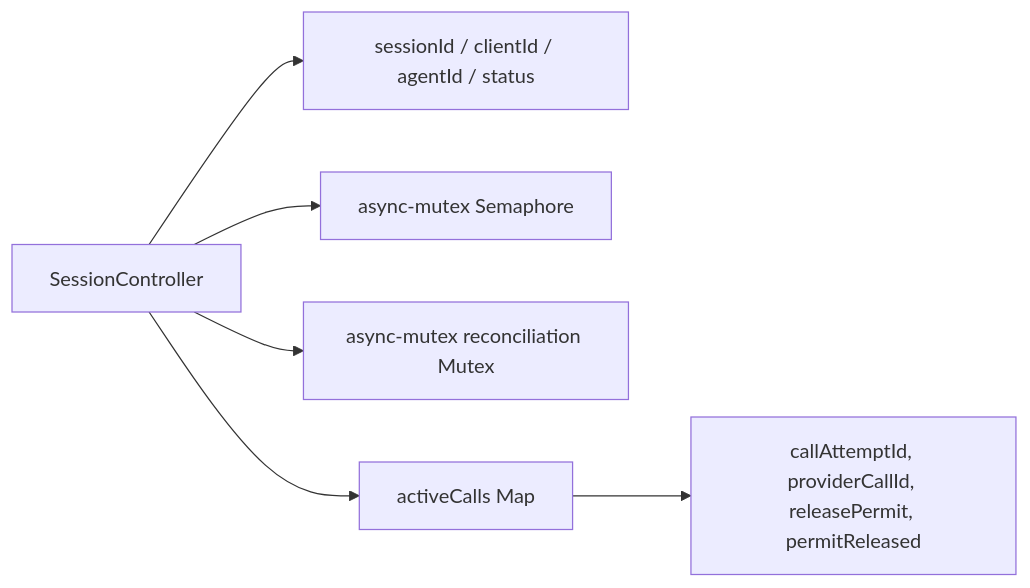
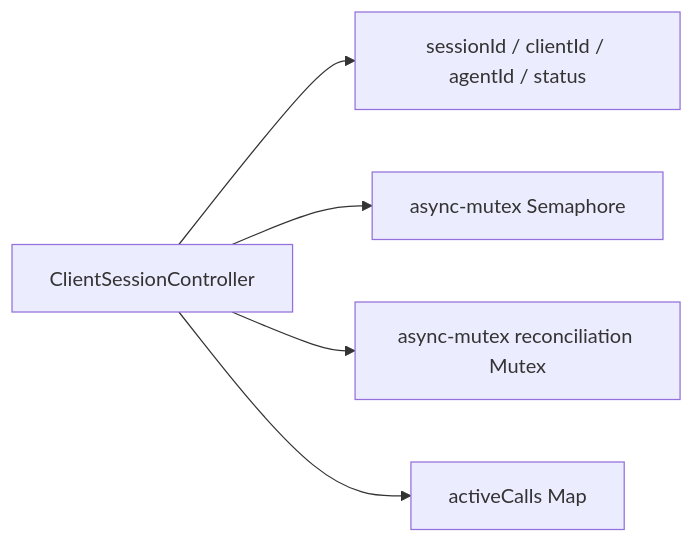
The second of 9 diagrams in docs/ARCHITECTURE.md (daniel-citrus/concurrent-outbound-dialer), drawn with Mermaid before and after one commit. The commit also changed other lines of this file and 30 other files, not shown here.

````diff
--- a/docs/ARCHITECTURE.md
+++ b/docs/ARCHITECTURE.md
@@ -60,9 +134,8 @@
 ```mermaid
 flowchart LR
-  SC[SessionController]
+  SC[ClientSessionController]
   SC --> Meta[sessionId / clientId / agentId / status]
   SC --> Sem[async-mutex Semaphore]
   SC --> Mux[async-mutex reconciliation Mutex]
   SC --> ACM["activeCalls Map"]
-  ACM --> ACS["callAttemptId, providerCallId, releasePermit, permitReleased"]
 ```
````
